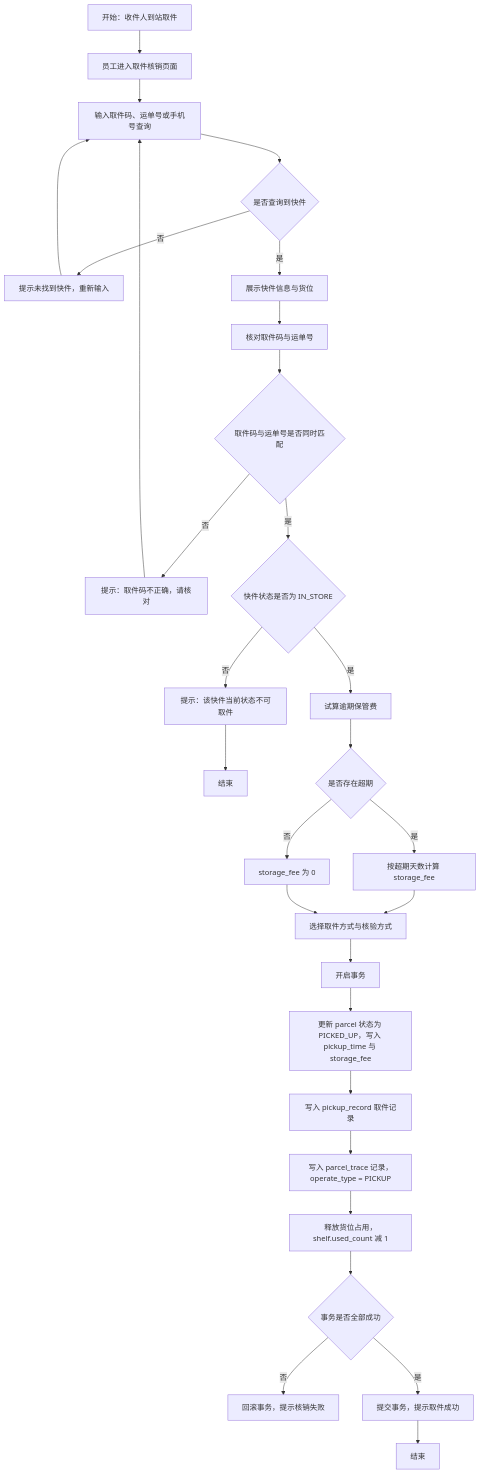
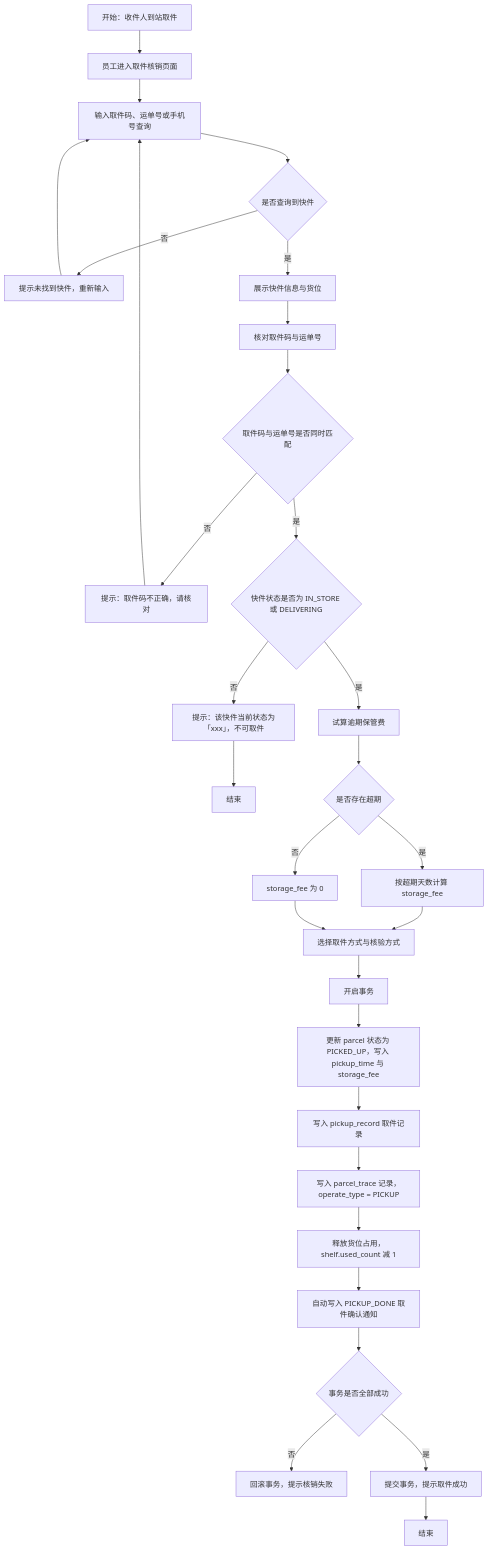
One commit to WUYUHANG1949/express-station-management-system changed the second of 5 diagrams in docs/spec.md. Above: the diagram before and after it, drawn with Mermaid. The commit also changed other lines of this file and 67 other files, not shown here.

First line of the commit message:
feat(v1.1): 通知与催取、货位地图、数据大屏、自助查询 + 全站换肤

````diff
--- a/docs/spec.md
+++ b/docs/spec.md
@@ -194,31 +221,32 @@
 ```mermaid
 flowchart TD
     A["开始：收件人到站取件"] --> B["员工进入取件核销页面"]
     B --> C["输入取件码、运单号或手机号查询"]
     C --> D{"是否查询到快件"}
     D -->|"否"| E["提示未找到快件，重新输入"]
     E --> C
     D -->|"是"| F["展示快件信息与货位"]
     F --> G["核对取件码与运单号"]
     G --> H{"取件码与运单号是否同时匹配"}
     H -->|"否"| I["提示：取件码不正确，请核对"]
     I --> C
-    H -->|"是"| J{"快件状态是否为 IN_STORE"}
-    J -->|"否"| K["提示：该快件当前状态不可取件"]
+    H -->|"是"| J{"快件状态是否为 IN_STORE 或 DELIVERING"}
+    J -->|"否"| K["提示：该快件当前状态为「xxx」，不可取件"]
     K --> L["结束"]
     J -->|"是"| M["试算逾期保管费"]
     M --> N{"是否存在超期"}
     N -->|"是"| O["按超期天数计算 storage_fee"]
     N -->|"否"| P["storage_fee 为 0"]
     O --> Q["选择取件方式与核验方式"]
     P --> Q
     Q --> R["开启事务"]
     R --> S["更新 parcel 状态为 PICKED_UP，写入 pickup_time 与 storage_fee"]
     S --> T["写入 pickup_record 取件记录"]
     T --> U["写入 parcel_trace 记录，operate_type = PICKUP"]
     U --> V["释放货位占用，shelf.used_count 减 1"]
-    V --> W{"事务是否全部成功"}
-    W -->|"否"| X["回滚事务，提示核销失败"]
-    W -->|"是"| Y["提交事务，提示取件成功"]
-    Y --> Z["结束"]
+    V --> W["自动写入 PICKUP_DONE 取件确认通知"]
+    W --> X{"事务是否全部成功"}
+    X -->|"否"| Y["回滚事务，提示核销失败"]
+    X -->|"是"| Z["提交事务，提示取件成功"]
+    Z --> AA["结束"]
 ```
````
